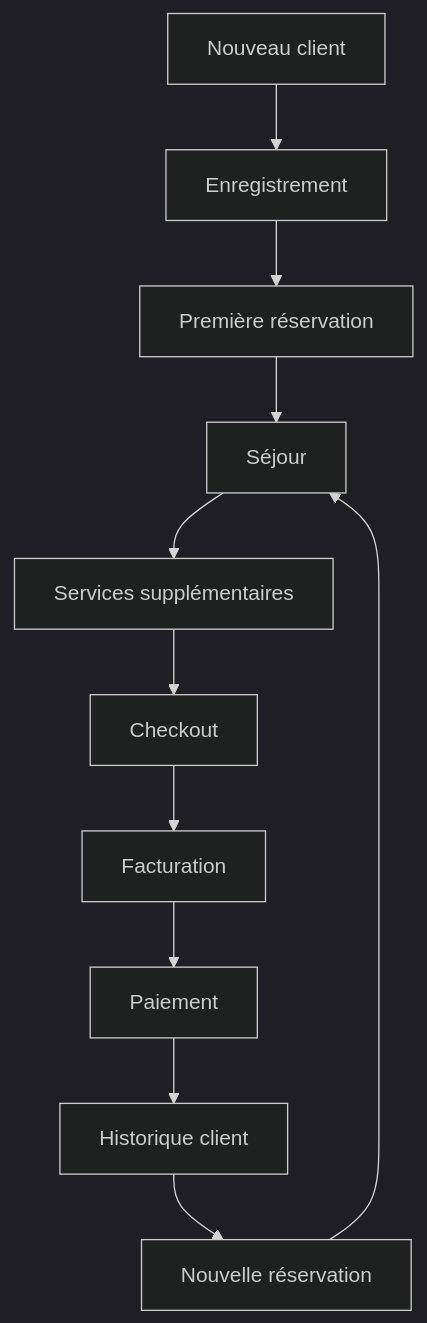
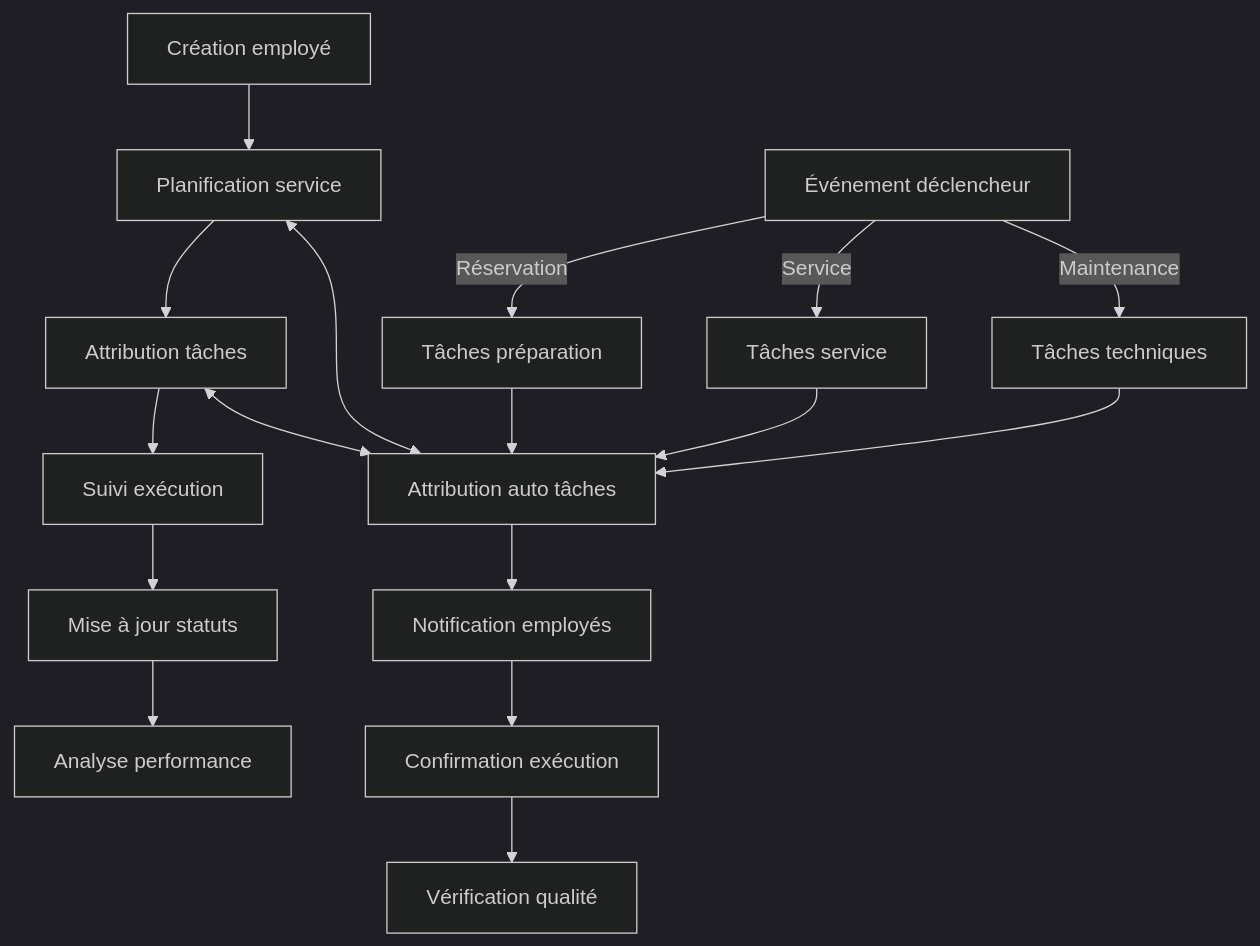
Before and after one commit to IA-Marketings-Team/hotel-mate-systems: the fourth of 5 diagrams in src/docs/SystemWorkflow.md, drawn with Mermaid (dark theme). The commit also changed other lines of this file and 9 other files, not shown here.

````diff
--- a/src/docs/SystemWorkflow.md
+++ b/src/docs/SystemWorkflow.md
@@ -175,13 +107,23 @@
 ```mermaid
 flowchart TD
-    A[Nouveau client] --> B[Enregistrement]
-    B --> C[Première réservation]
-    C --> D[Séjour]
-    D --> E[Services supplémentaires]
-    E --> F[Checkout]
-    F --> G[Facturation]
-    G --> H[Paiement]
-    H --> I[Historique client]
-    I --> J[Nouvelle réservation]
-    J --> D
+    A[Création employé] --> B[Planification service]
+    B --> C[Attribution tâches]
+    C --> D[Suivi exécution]
+    D --> E[Mise à jour statuts]
+    E --> F[Analyse performance]
+    
+    G[Événement déclencheur] -->|Réservation| H[Tâches préparation]
+    G -->|Service| I[Tâches service]
+    G -->|Maintenance| J[Tâches techniques]
+    
+    H --> K[Attribution auto tâches]
+    I --> K
+    J --> K
+    
+    K --> L[Notification employés]
+    L --> M[Confirmation exécution]
+    M --> N[Vérification qualité]
+    
+    B <--> K
+    C <--> K
 ```
````
